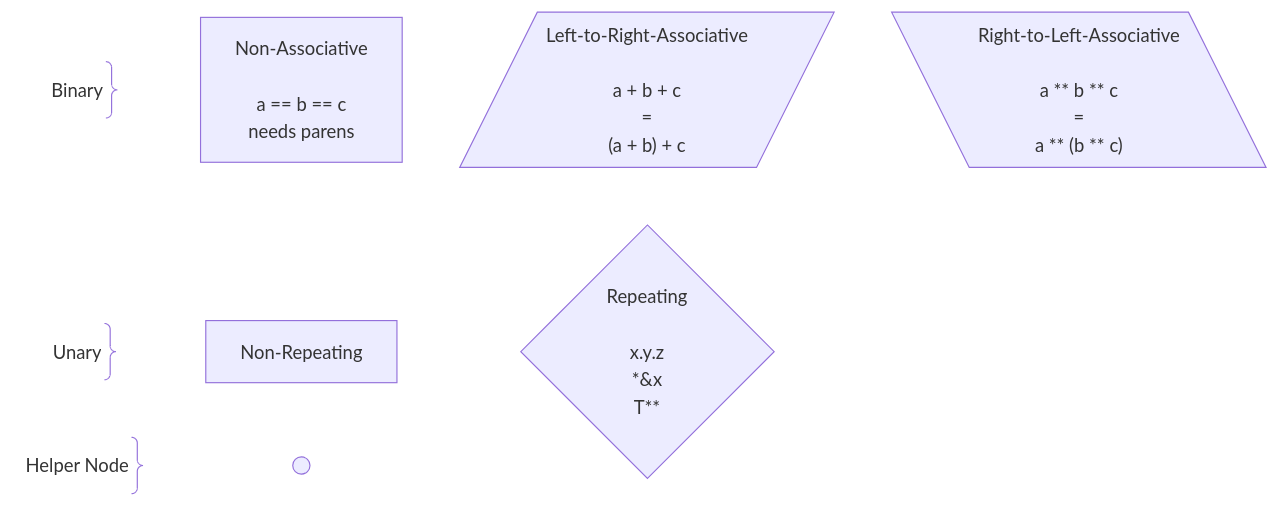
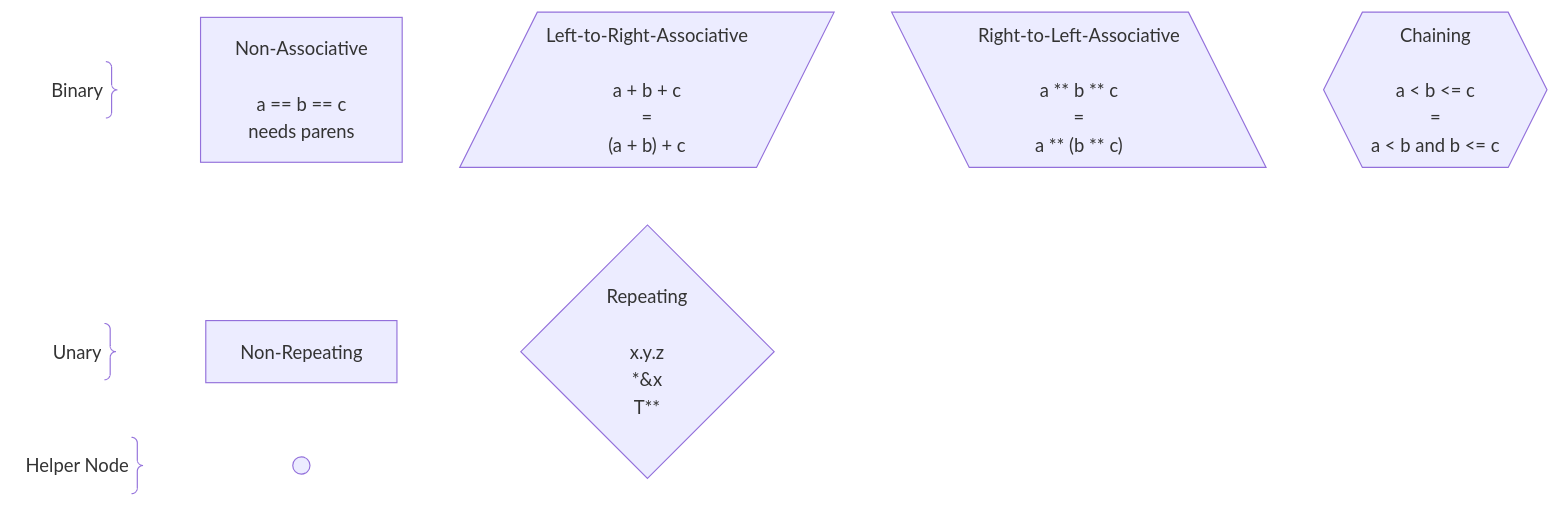
The second of 2 diagrams in 6 .../2 Unfinished Ideas.md (laro/Cilia), drawn with Mermaid before and after one commit. The commit also changed other lines of this file, not shown here.

Commit message:
Chaining

````diff
--- a/6 .../2 Unfinished Ideas.md
+++ b/6 .../2 Unfinished Ideas.md
@@ -482,42 +488,48 @@
 ```mermaid
 graph LR
     binary@{ shape: brace-r, label: "Binary" }
 
     nonAssociative["Non-Associative
 
 a == b == c
 needs parens"]
 
     leftToRightAssociative[/"Left-to-Right-Associative
 
 a + b + c 
 =
 (a + b) + c"/]
 
     rightToLeftAssociative[\"Right-to-Left-Associative
 
 a ** b ** c
 =
 a ** (b ** c)"\]
 
+    chaining{{"Chaining
+
+a < b <= c
+=
+a < b and b <= c"}}
+
 
     unary@{ shape: brace-r, label: "Unary" }
 
     nonRepeating["Non-Repeating"]
 
     repeating{"Repeating
 
  x.y.z
  *&x
  T**"}
 
 
     helper@{ shape: brace-r, label: "Helper Node" }
 
     circle((" "))
 
 
-    binary ~~~ nonAssociative ~~~ leftToRightAssociative ~~~ rightToLeftAssociative
+    binary ~~~ nonAssociative ~~~ leftToRightAssociative ~~~ rightToLeftAssociative ~~~ chaining
     unary ~~~ nonRepeating ~~~ repeating
     helper ~~~ circle
 ```
````
